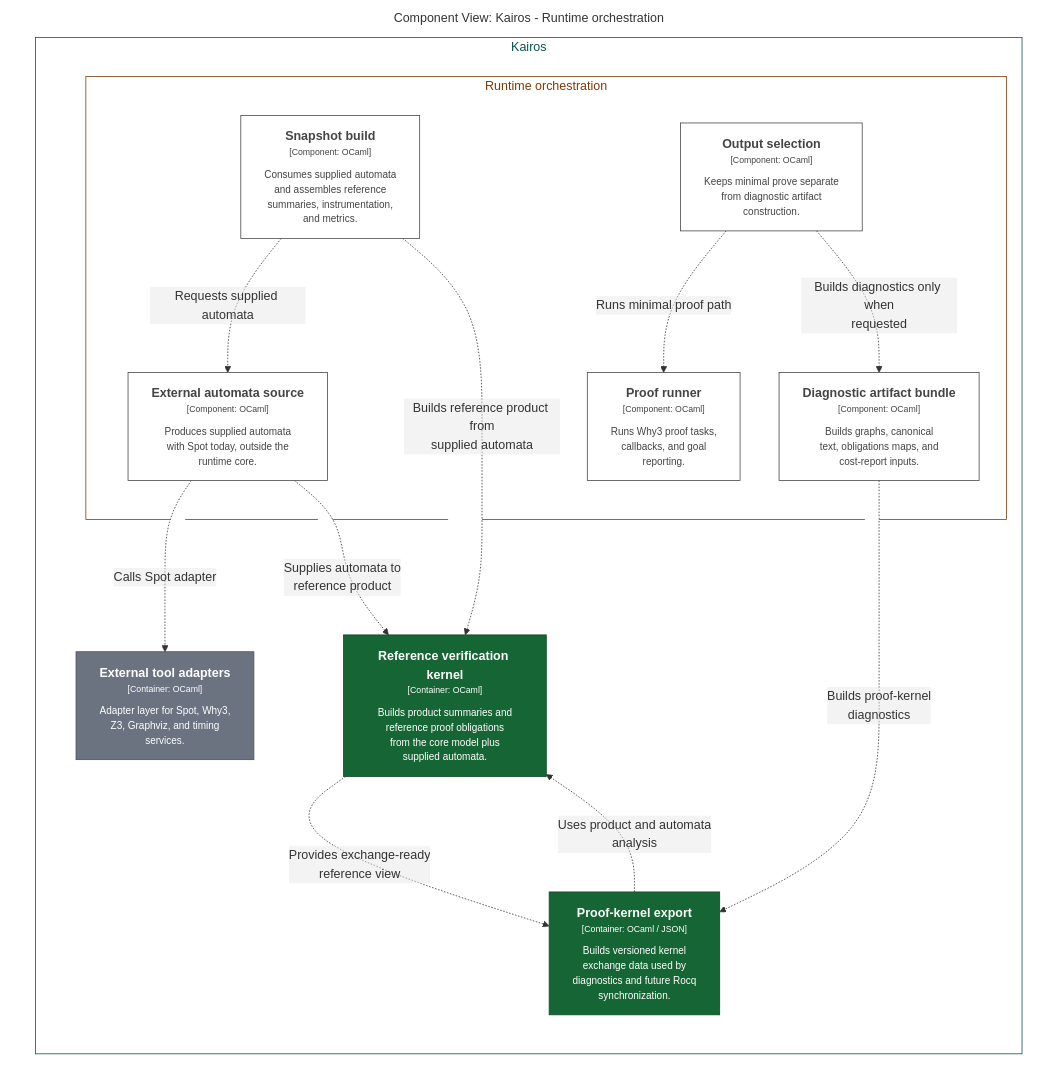
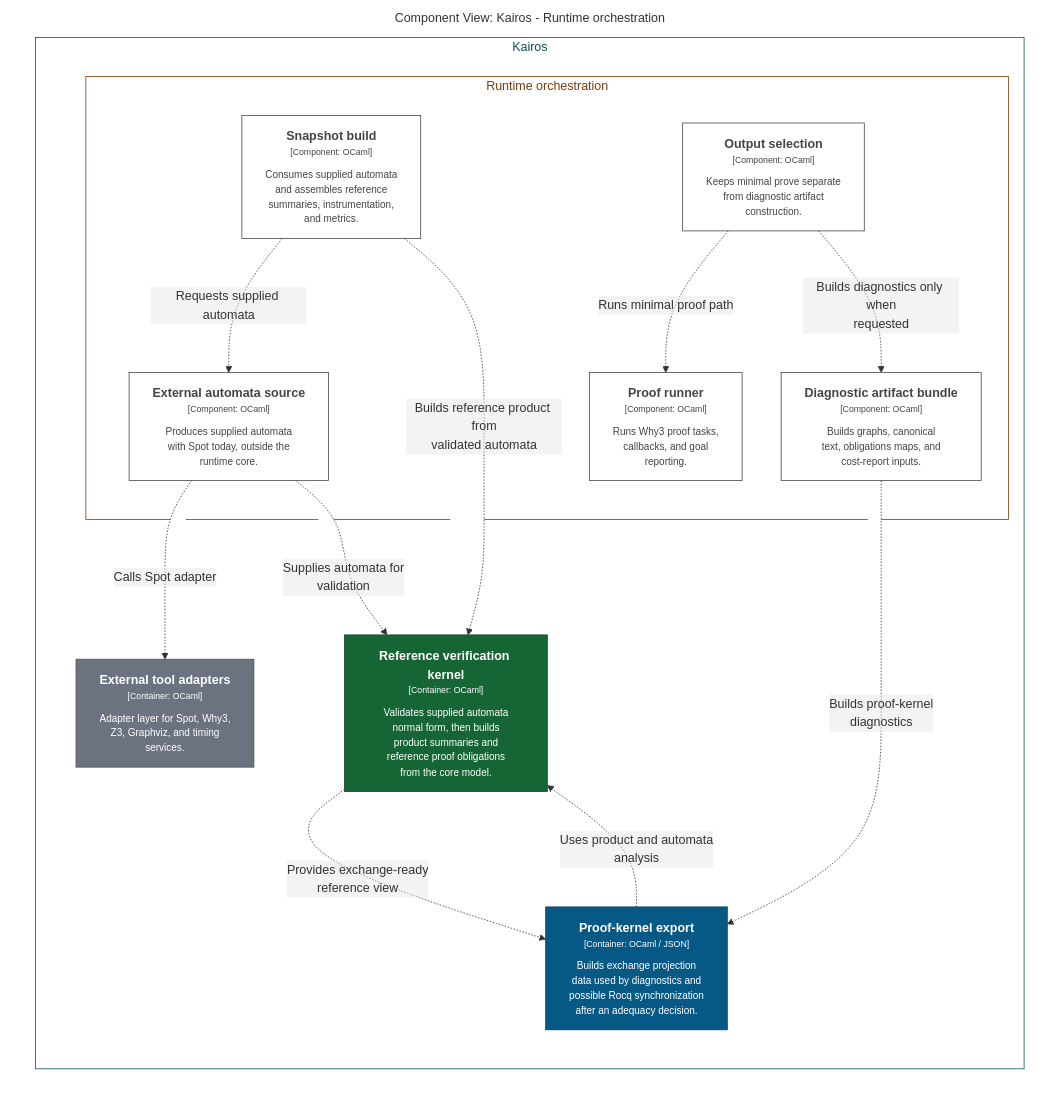
The diagram in docs/architecture/structurizr/export/mermaid/structurizr-kairos-runtime-components.mmd (DabrowskiFr/Kairos), drawn with Mermaid before and after one commit. The commit also changed 174 other files, not shown here.

Commit message:
Consolidate verification architecture cleanup

```diff
--- a/docs/architecture/structurizr/export/mermaid/structurizr-kairos-runtime-components.mmd
+++ b/docs/architecture/structurizr/export/mermaid/structurizr-kairos-runtime-components.mmd
@@ -1,43 +1,43 @@
 graph LR
   linkStyle default fill:#ffffff
 
   subgraph diagram ["Component View: Kairos - Runtime orchestration"]
     style diagram fill:#ffffff,stroke:#ffffff
 
     subgraph 7 ["Kairos"]
       style 7 fill:#ffffff,stroke:#0a524d,color:#0a524d
 
       subgraph 21 ["Runtime orchestration"]
         style 21 fill:#ffffff,stroke:#7d3a06,color:#7d3a06
 
         22["<div style='font-weight: bold'>Snapshot build</div><div style='font-size: 70%; margin-top: 0px'>[Component: OCaml]</div><div style='font-size: 80%; margin-top:10px'>Consumes supplied automata<br />and assembles reference<br />summaries, instrumentation,<br />and metrics.</div>"]
         style 22 fill:#ffffff,stroke:#444444,color:#444444
         23["<div style='font-weight: bold'>External automata source</div><div style='font-size: 70%; margin-top: 0px'>[Component: OCaml]</div><div style='font-size: 80%; margin-top:10px'>Produces supplied automata<br />with Spot today, outside the<br />runtime core.</div>"]
         style 23 fill:#ffffff,stroke:#444444,color:#444444
         24["<div style='font-weight: bold'>Output selection</div><div style='font-size: 70%; margin-top: 0px'>[Component: OCaml]</div><div style='font-size: 80%; margin-top:10px'>Keeps minimal prove separate<br />from diagnostic artifact<br />construction.</div>"]
         style 24 fill:#ffffff,stroke:#444444,color:#444444
         25["<div style='font-weight: bold'>Proof runner</div><div style='font-size: 70%; margin-top: 0px'>[Component: OCaml]</div><div style='font-size: 80%; margin-top:10px'>Runs Why3 proof tasks,<br />callbacks, and goal<br />reporting.</div>"]
         style 25 fill:#ffffff,stroke:#444444,color:#444444
         26["<div style='font-weight: bold'>Diagnostic artifact bundle</div><div style='font-size: 70%; margin-top: 0px'>[Component: OCaml]</div><div style='font-size: 80%; margin-top:10px'>Builds graphs, canonical<br />text, obligations maps, and<br />cost-report inputs.</div>"]
         style 26 fill:#ffffff,stroke:#444444,color:#444444
       end
 
-      13["<div style='font-weight: bold'>Reference verification kernel</div><div style='font-size: 70%; margin-top: 0px'>[Container: OCaml]</div><div style='font-size: 80%; margin-top:10px'>Builds product summaries and<br />reference proof obligations<br />from the core model plus<br />supplied automata.</div>"]
+      13["<div style='font-weight: bold'>Reference verification kernel</div><div style='font-size: 70%; margin-top: 0px'>[Container: OCaml]</div><div style='font-size: 80%; margin-top:10px'>Validates supplied automata<br />normal form, then builds<br />product summaries and<br />reference proof obligations<br />from the core model.</div>"]
       style 13 fill:#166534,stroke:#0f4624,color:#ffffff
-      18["<div style='font-weight: bold'>Proof-kernel export</div><div style='font-size: 70%; margin-top: 0px'>[Container: OCaml / JSON]</div><div style='font-size: 80%; margin-top:10px'>Builds versioned kernel<br />exchange data used by<br />diagnostics and future Rocq<br />synchronization.</div>"]
-      style 18 fill:#166534,stroke:#0f4624,color:#ffffff
+      18["<div style='font-weight: bold'>Proof-kernel export</div><div style='font-size: 70%; margin-top: 0px'>[Container: OCaml / JSON]</div><div style='font-size: 80%; margin-top:10px'>Builds exchange projection<br />data used by diagnostics and<br />possible Rocq synchronization<br />after an adequacy decision.</div>"]
+      style 18 fill:#075985,stroke:#043e5d,color:#ffffff
       29["<div style='font-weight: bold'>External tool adapters</div><div style='font-size: 70%; margin-top: 0px'>[Container: OCaml]</div><div style='font-size: 80%; margin-top:10px'>Adapter layer for Spot, Why3,<br />Z3, Graphviz, and timing<br />services.</div>"]
       style 29 fill:#6b7280,stroke:#4a4f59,color:#ffffff
     end
 
     18-. "<div>Uses product and automata<br />analysis</div><div style='font-size: 70%'></div>" .->13
     13-. "<div>Provides exchange-ready<br />reference view</div><div style='font-size: 70%'></div>" .->18
     22-. "<div>Requests supplied automata</div><div style='font-size: 70%'></div>" .->23
     23-. "<div>Calls Spot adapter</div><div style='font-size: 70%'></div>" .->29
-    23-. "<div>Supplies automata to<br />reference product</div><div style='font-size: 70%'></div>" .->13
-    22-. "<div>Builds reference product from<br />supplied automata</div><div style='font-size: 70%'></div>" .->13
+    23-. "<div>Supplies automata for<br />validation</div><div style='font-size: 70%'></div>" .->13
+    22-. "<div>Builds reference product from<br />validated automata</div><div style='font-size: 70%'></div>" .->13
     24-. "<div>Runs minimal proof path</div><div style='font-size: 70%'></div>" .->25
     24-. "<div>Builds diagnostics only when<br />requested</div><div style='font-size: 70%'></div>" .->26
     26-. "<div>Builds proof-kernel<br />diagnostics</div><div style='font-size: 70%'></div>" .->18
 
   end
```
